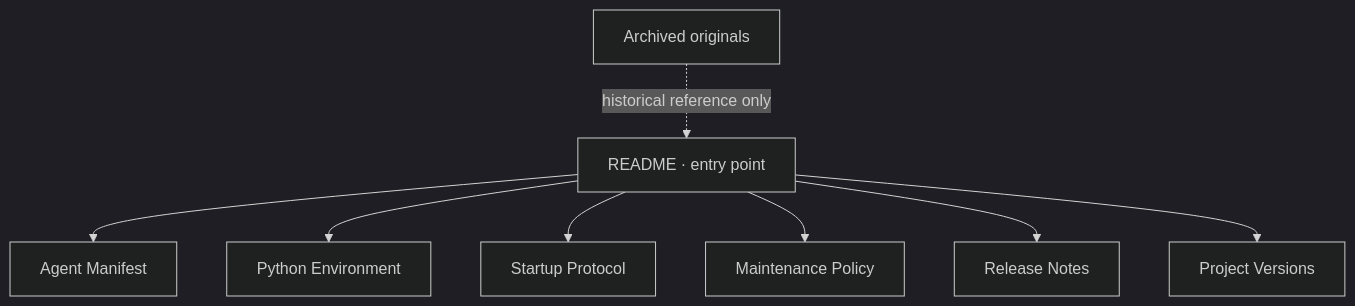
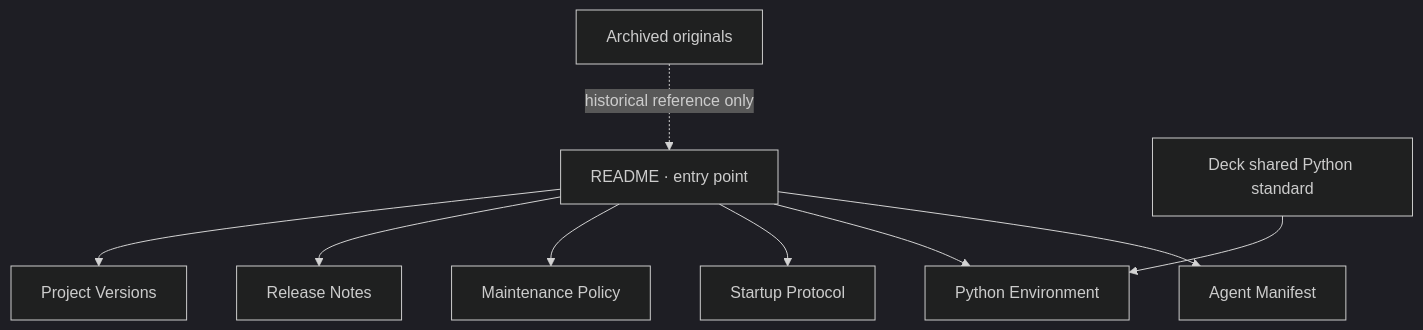
Before and after one commit to laconic-lab/projects: the second of 2 diagrams in shyrka/docs/README.md, drawn with Mermaid (dark theme). The commit also changed other lines of this file and 7 other files, not shown here.

Commit message:
Add shared Deck Python environment standard

````diff
--- a/shyrka/docs/README.md
+++ b/shyrka/docs/README.md
@@ -36,10 +37,11 @@
 ```mermaid
 flowchart TD
     R["README · entry point"] --> A["Agent Manifest"]
     R --> P["Python Environment"]
     R --> S["Startup Protocol"]
     R --> U["Maintenance Policy"]
     R --> N["Release Notes"]
     R --> V["Project Versions"]
     O["Archived originals"] -. "historical reference only" .-> R
+    G["Deck shared Python standard"] --> P
 ```
````
